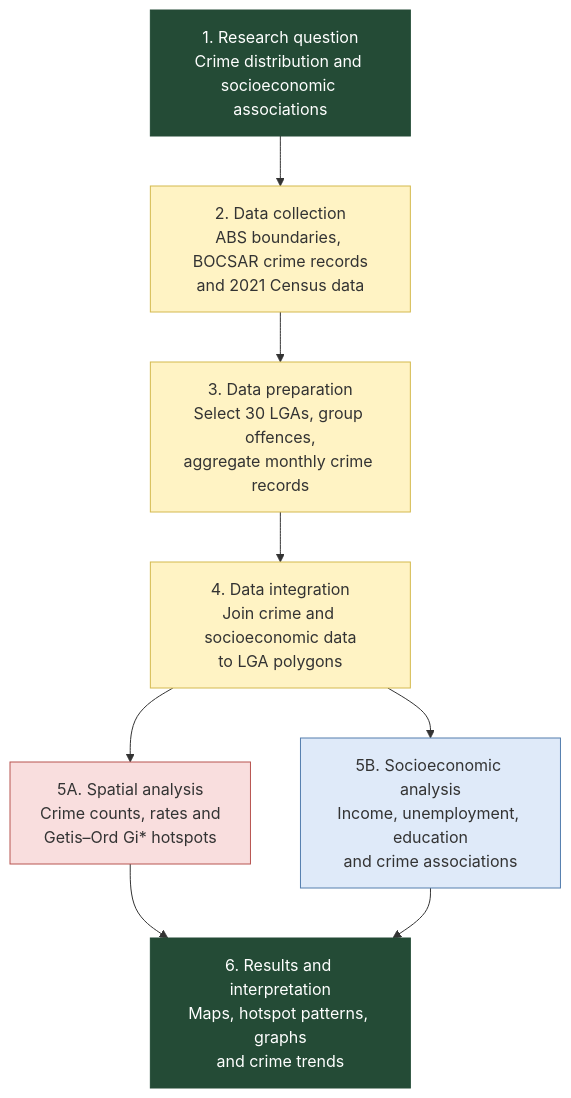
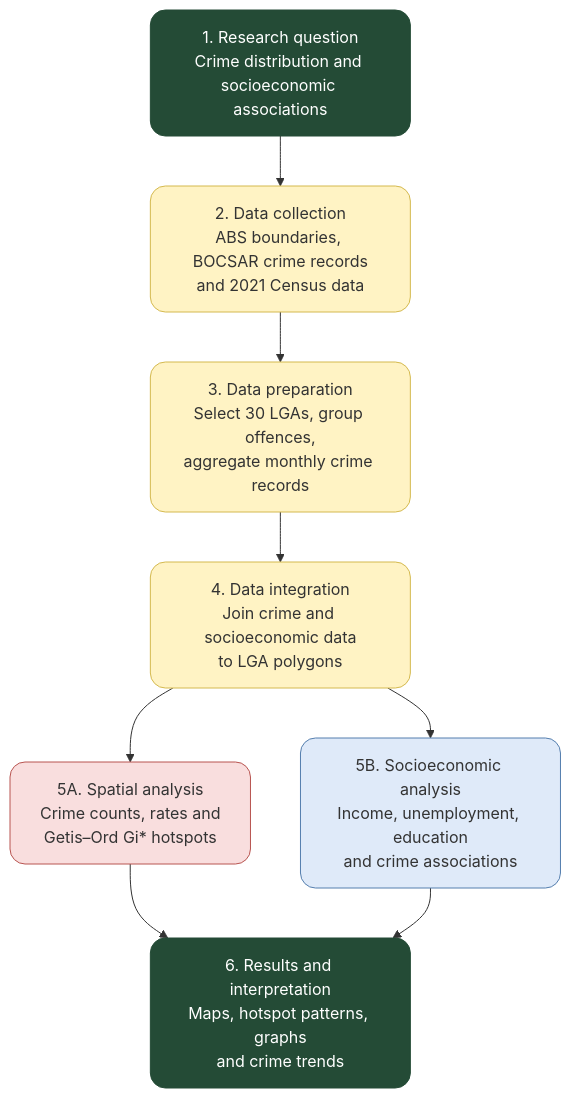
Before and after one commit to University-of-Tasmania-GPSS/AT3_Group9_2026: the diagram in methods.md, drawn with Mermaid. The commit also changed other lines of this file and 5 other files, not shown here.

````diff
--- a/methods.md
+++ b/methods.md
@@ -9,26 +21,27 @@
 ```{mermaid}
 flowchart TD
     A["1. Research question<br/>Crime distribution and socioeconomic associations"]
     B["2. Data collection<br/>ABS boundaries, BOCSAR crime records<br/>and 2021 Census data"]
     C["3. Data preparation<br/>Select 30 LGAs, group offences,<br/>aggregate monthly crime records"]
     D["4. Data integration<br/>Join crime and socioeconomic data<br/>to LGA polygons"]
     E["5A. Spatial analysis<br/>Crime counts, rates and<br/>Getis–Ord Gi* hotspots"]
     F["5B. Socioeconomic analysis<br/>Income, unemployment, education<br/>and crime associations"]
     G["6. Results and interpretation<br/>Maps, hotspot patterns, graphs<br/>and crime trends"]
 
     A --> B --> C --> D
     D --> E
     D --> F
     E --> G
     F --> G
 
-    classDef main fill:#244B36,color:#ffffff,stroke:#244B36
-    classDef prep fill:#FFF3C4,color:#333333,stroke:#D4B94E
-    classDef spatial fill:#F9DEDE,color:#333333,stroke:#B85450
-    classDef socio fill:#DFEAF9,color:#333333,stroke:#547EAE
+   
+    classDef main fill:#244B36,color:#ffffff,stroke:#244B36,rx:15,ry:15
+    classDef prep fill:#FFF3C4,color:#333333,stroke:#D4B94E,rx:15,ry:15
+    classDef spatial fill:#F9DEDE,color:#333333,stroke:#B85450,rx:15,ry:15
+    classDef socio fill:#DFEAF9,color:#333333,stroke:#547EAE,rx:15,ry:15
 
     class A,G main
     class B,C,D prep
     class E spatial
     class F socio
 ```
````
